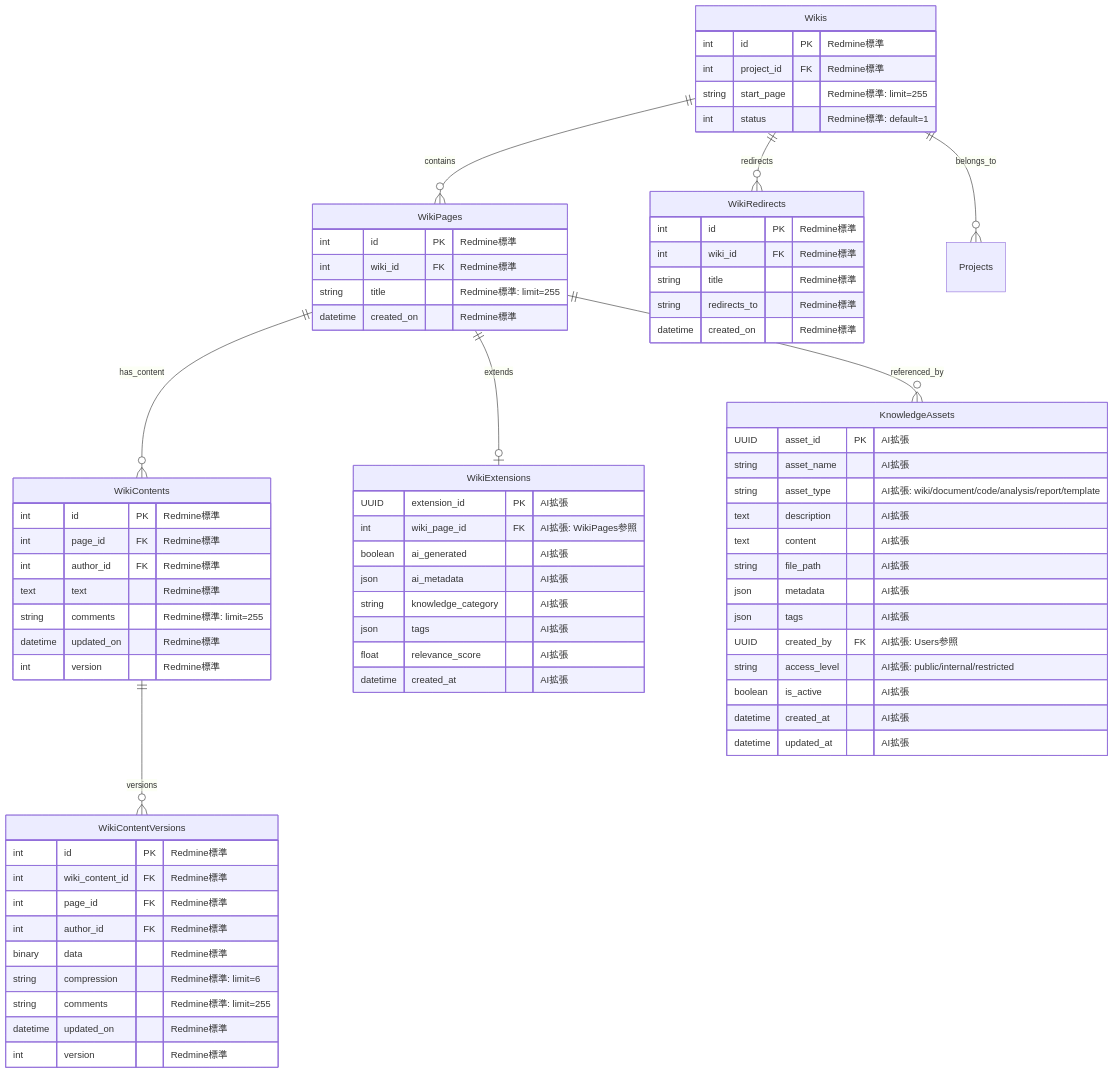
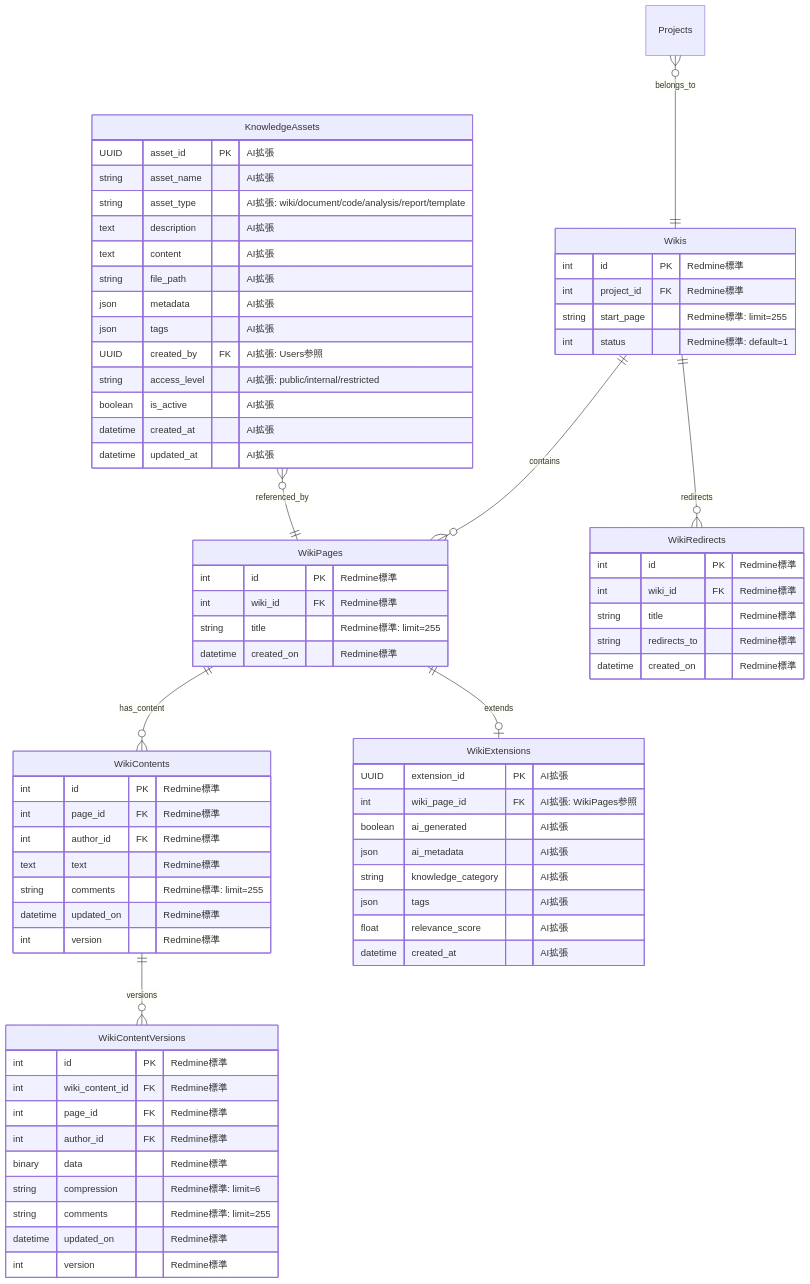
One commit to daichiTAAA/AgentOpsPlatform changed diagram 11 of 16 in docs/030000_設計/035000_データ設計/035010_ER図.md. Above: the diagram before and after it, drawn with Mermaid. The commit also changed other lines of this file, not shown here.

Commit message:
設計書を作成した

````diff
--- a/docs/030000_設計/035000_データ設計/035010_ER図.md
+++ b/docs/030000_設計/035000_データ設計/035010_ER図.md
@@ -693,7 +693,7 @@
     }
     
     %% 関係性
-    Wikis ||--o{ Projects : belongs_to
+    Projects }o--|| Wikis : belongs_to
     Wikis ||--o{ WikiPages : contains
     WikiPages ||--o{ WikiContents : has_content
     WikiPages ||--o| WikiExtensions : extends
@@ -701,5 +701,5 @@
     Wikis ||--o{ WikiRedirects : redirects
     
     %% AI拡張との連携
-    WikiPages ||--o{ KnowledgeAssets : referenced_by
+    KnowledgeAssets }o--|| WikiPages : referenced_by
 ```
````
